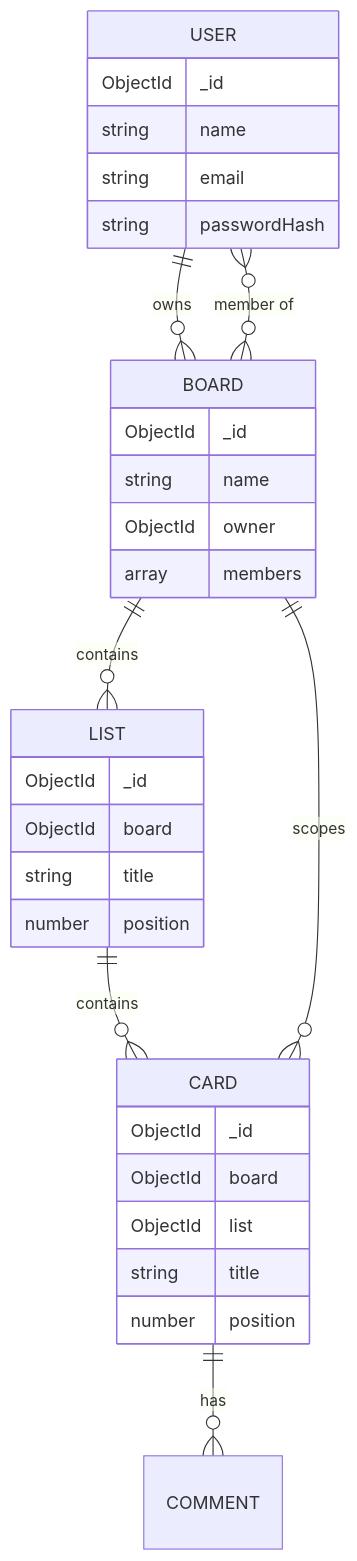
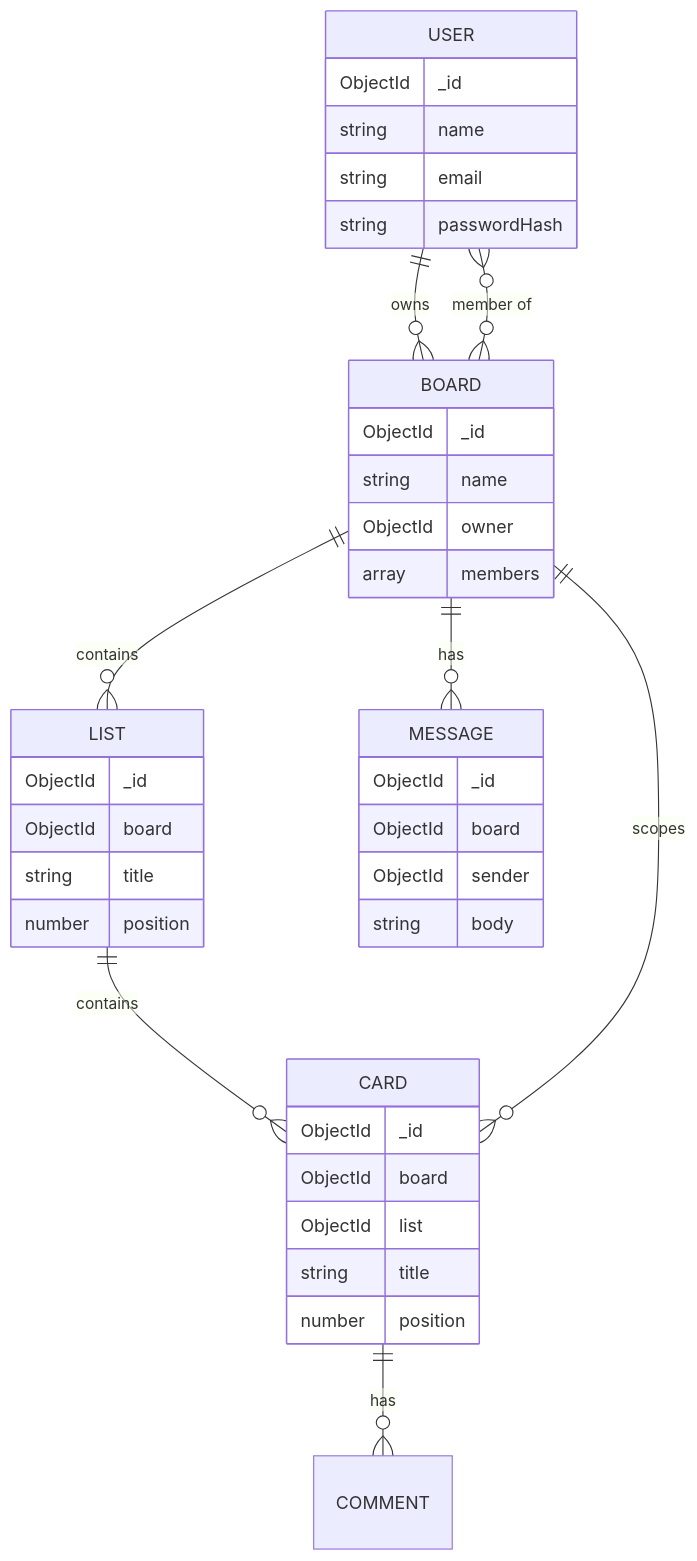
Before and after one commit to qadeerdev12/SDLCFlow: the diagram in docs/03-data-model.md, drawn with Mermaid. The commit also changed other lines of this file and 16 other files, not shown here.

````diff
--- a/docs/03-data-model.md
+++ b/docs/03-data-model.md
@@ -25,35 +25,42 @@
 ```mermaid
 erDiagram
     USER ||--o{ BOARD : owns
     BOARD ||--o{ LIST : contains
     LIST  ||--o{ CARD : contains
     BOARD ||--o{ CARD : scopes
     USER  }o--o{ BOARD : "member of"
     CARD  ||--o{ COMMENT : has
+    BOARD ||--o{ MESSAGE : has
 
     USER {
         ObjectId _id
         string name
         string email
         string passwordHash
     }
     BOARD {
         ObjectId _id
         string name
         ObjectId owner
         array members
     }
     LIST {
         ObjectId _id
         ObjectId board
         string title
         number position
     }
     CARD {
         ObjectId _id
         ObjectId board
         ObjectId list
         string title
         number position
     }
+    MESSAGE {
+        ObjectId _id
+        ObjectId board
+        ObjectId sender
+        string body
+    }
 ```
````
